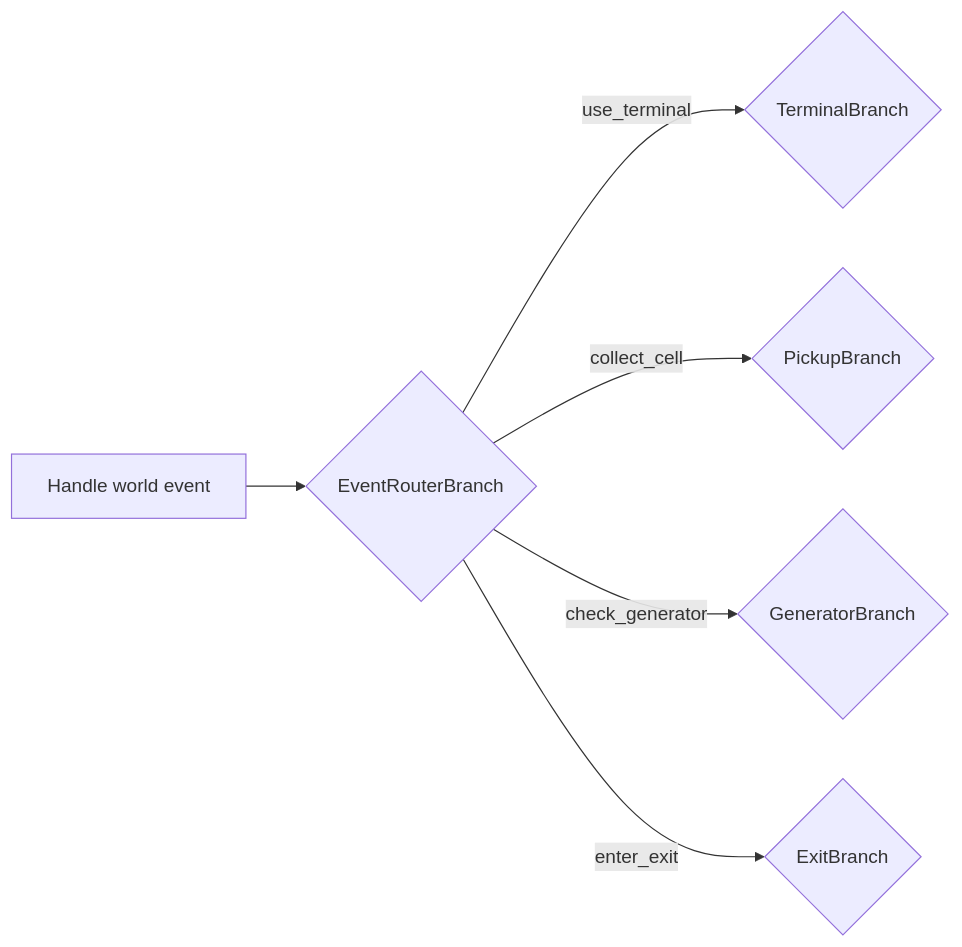
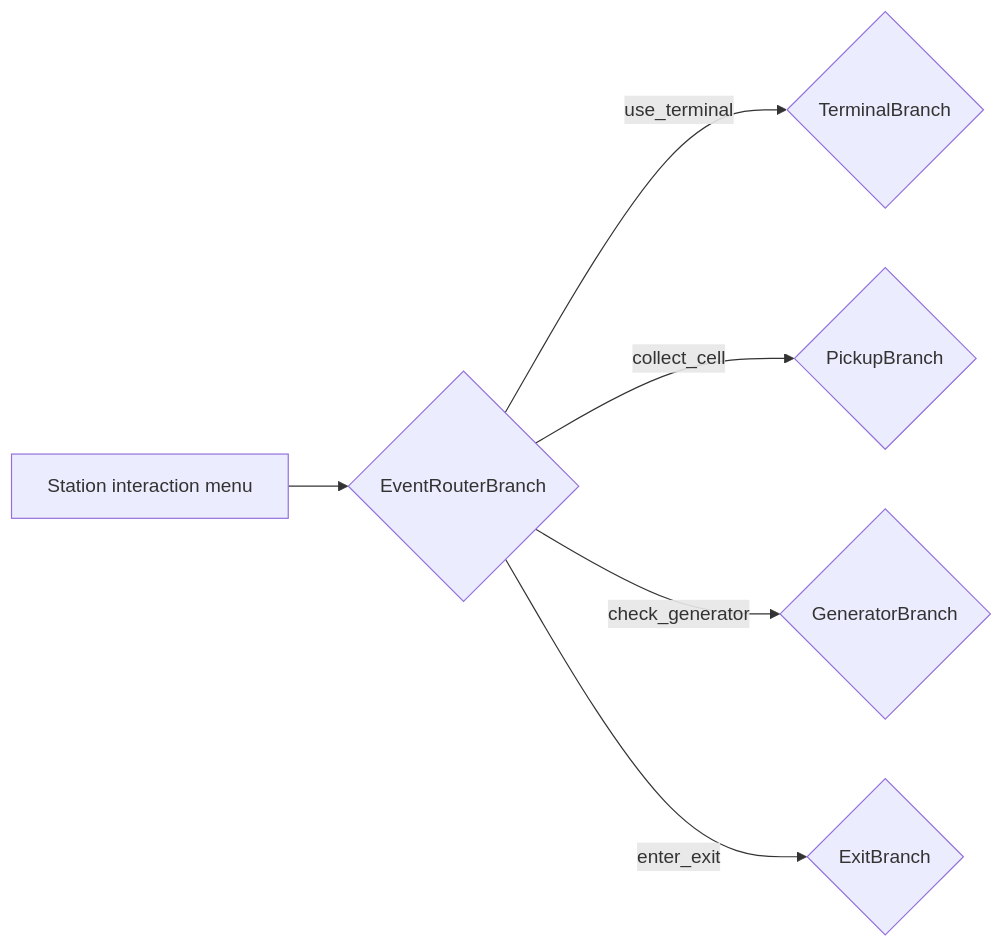
One commit to arcweave/arcweave-unreal-quest-example changed the second of 3 diagrams in docs/narrative.md. Above: the diagram before and after it, drawn with Mermaid. The commit also changed other lines of this file and 14 other files, not shown here.

Commit message:
feat: share the quest graph between Play Mode and Unreal

````diff
--- a/docs/narrative.md
+++ b/docs/narrative.md
@@ -18,8 +49,8 @@
 ```mermaid
 flowchart LR
-    Entry[Handle world event] --> Router{EventRouterBranch}
+    Entry[Station interaction menu] --> Router{EventRouterBranch}
     Router -->|use_terminal| Terminal{TerminalBranch}
     Router -->|collect_cell| Pickup{PickupBranch}
     Router -->|check_generator| Generator{GeneratorBranch}
     Router -->|enter_exit| Exit{ExitBranch}
 ```
````
